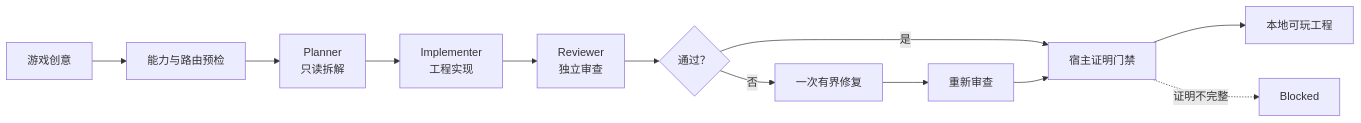
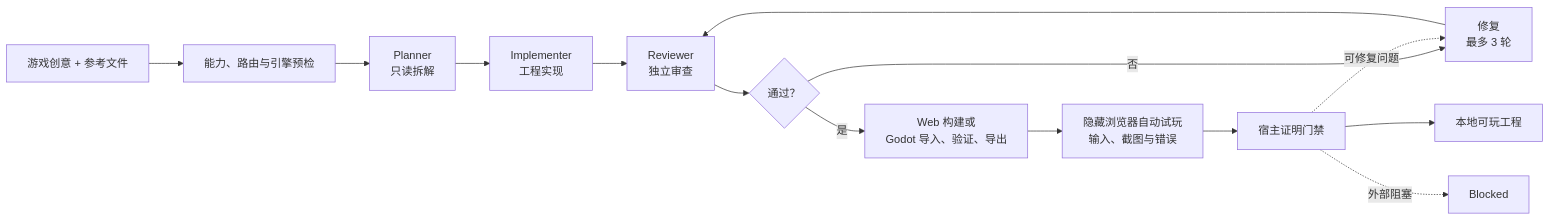
One commit to Innate-Labs/Noobi.ai changed the diagram in README.zh-CN.md. Above: the diagram before and after it, drawn with Mermaid. The commit also changed other lines of this file and 296 other files, not shown here.

````diff
--- a/README.zh-CN.md
+++ b/README.zh-CN.md
@@ -69,14 +71,16 @@
 ```mermaid
 flowchart LR
-    Idea["游戏创意"] --> Preflight["能力与路由预检"]
+    Idea["游戏创意 + 参考文件"] --> Preflight["能力、路由与引擎预检"]
     Preflight --> Plan["Planner<br/>只读拆解"]
     Plan --> Build["Implementer<br/>工程实现"]
     Build --> Review["Reviewer<br/>独立审查"]
     Review --> Pass{"通过？"}
-    Pass -- "否" --> Repair["一次有界修复"]
-    Repair --> ReReview["重新审查"]
-    Pass -- "是" --> Gate["宿主证明门禁"]
-    ReReview --> Gate
+    Pass -- "否" --> Repair["修复<br/>最多 3 轮"]
+    Repair --> Review
+    Pass -- "是" --> EngineBuild["Web 构建或<br/>Godot 导入、验证、导出"]
+    EngineBuild --> Playtest["隐藏浏览器自动试玩<br/>输入、截图与错误"]
+    Playtest --> Gate["宿主证明门禁"]
+    Gate -. "可修复问题" .-> Repair
     Gate --> Done["本地可玩工程"]
-    Gate -. "证明不完整" .-> Blocked["Blocked"]
+    Gate -. "外部阻塞" .-> Blocked["Blocked"]
 ```
````
